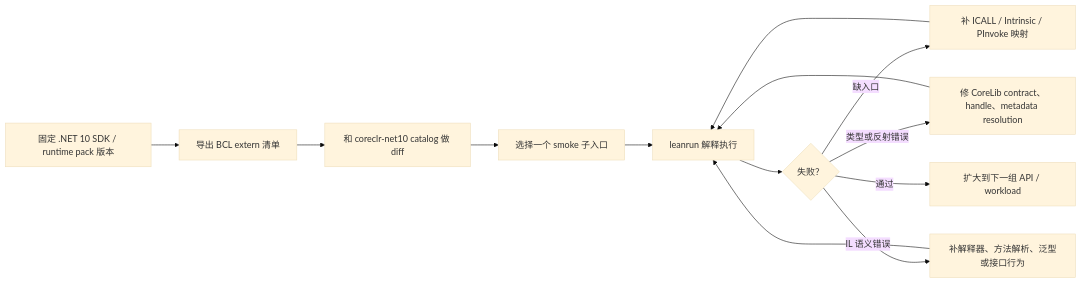
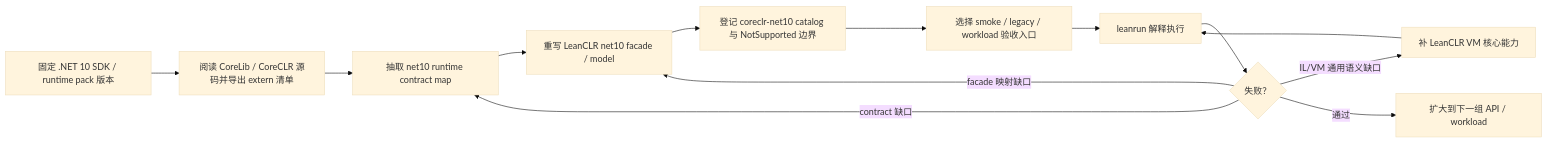
One commit to wqaetly/leanclr changed the third of 8 diagrams in docs/dotnet10-runtime-and-engine-integration.md. Above: the diagram before and after it, drawn with Mermaid (base theme). The commit also changed other lines of this file and 19 other files, not shown here.

````diff
--- a/docs/dotnet10-runtime-and-engine-integration.md
+++ b/docs/dotnet10-runtime-and-engine-integration.md
@@ -141,15 +143,15 @@
 ```mermaid
 flowchart LR
-    A["固定 .NET 10 SDK / runtime pack 版本"] --> B["导出 BCL extern 清单"]
-    B --> C["和 coreclr-net10 catalog 做 diff"]
-    C --> D["选择一个 smoke 子入口"]
-    D --> E["leanrun 解释执行"]
-    E --> F{"失败？"}
-    F -->|缺入口| G["补 ICALL / Intrinsic / PInvoke 映射"]
-    F -->|类型或反射错误| H["修 CoreLib contract、handle、metadata resolution"]
-    F -->|IL 语义错误| I["补解释器、方法解析、泛型或接口行为"]
-    F -->|通过| J["扩大到下一组 API / workload"]
-    G --> E
-    H --> E
-    I --> E
+    A["固定 .NET 10 SDK / runtime pack 版本"] --> B["阅读 CoreLib / CoreCLR 源码并导出 extern 清单"]
+    B --> C["抽取 net10 runtime contract map"]
+    C --> D["重写 LeanCLR net10 facade / model"]
+    D --> E["登记 coreclr-net10 catalog 与 NotSupported 边界"]
+    E --> F["选择 smoke / legacy / workload 验收入口"]
+    F --> G["leanrun 解释执行"]
+    G --> H{"失败？"}
+    H -->|contract 缺口| C
+    H -->|facade 映射缺口| D
+    H -->|IL/VM 通用语义缺口| I["补 LeanCLR VM 核心能力"]
+    H -->|通过| J["扩大到下一组 API / workload"]
+    I --> G
 ```
````
